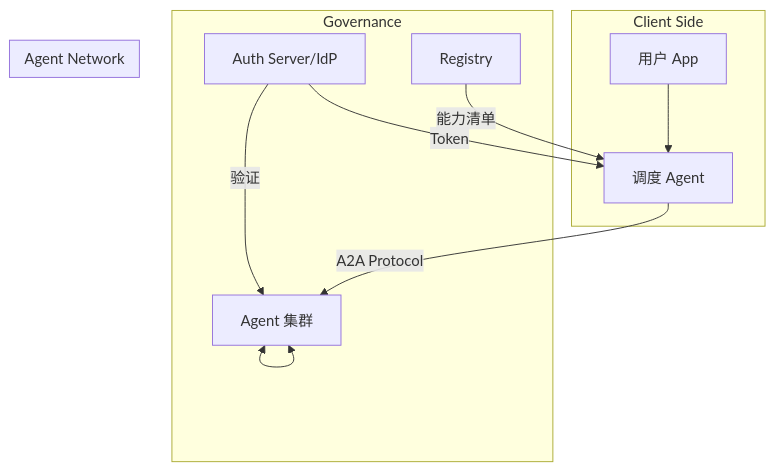
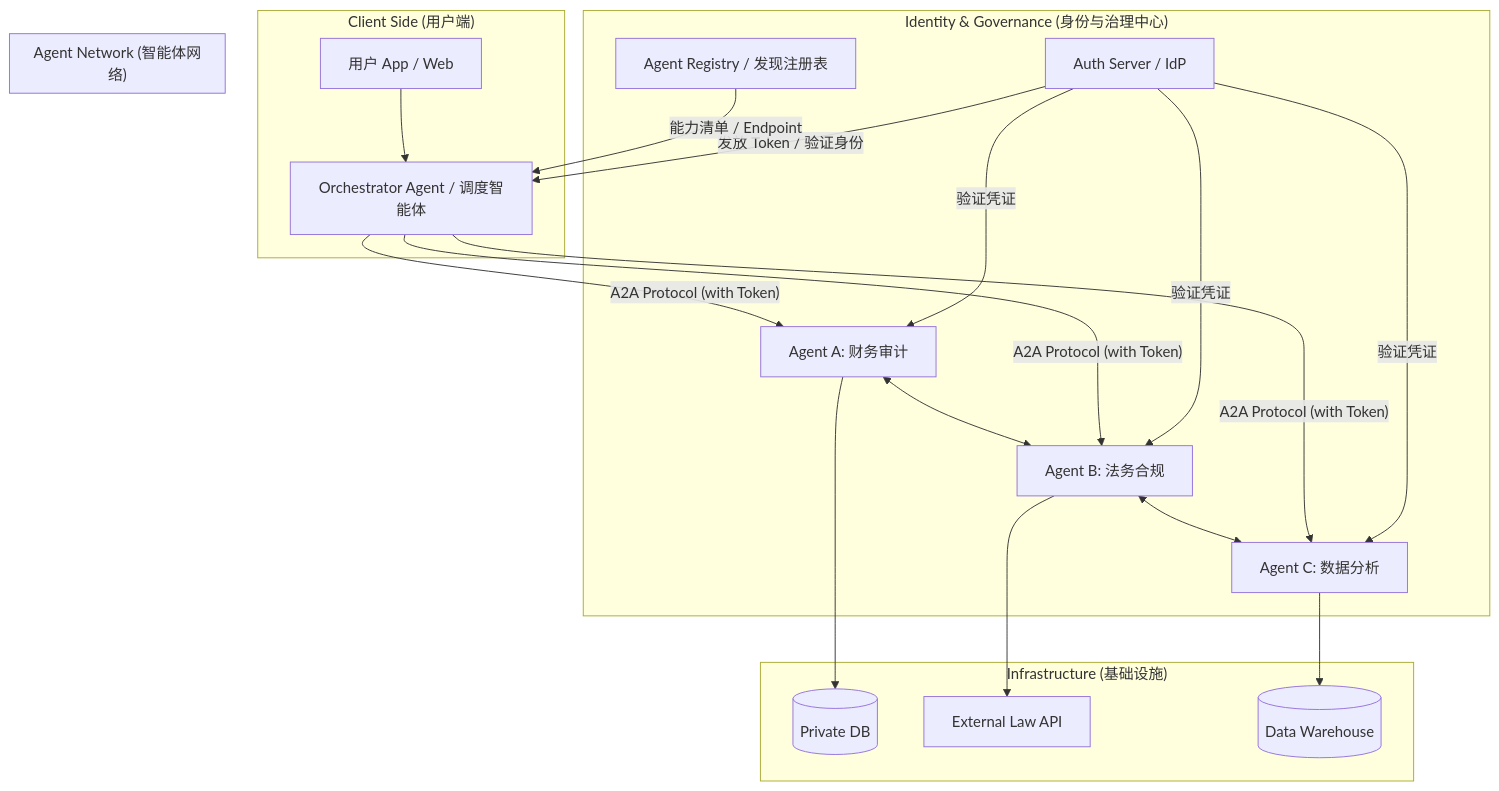
The first of 4 diagrams in ai/agent/A2A.md (neoguojing/docs), drawn with Mermaid before and after one commit. The commit also changed other lines of this file, not shown here.

````diff
--- a/ai/agent/A2A.md
+++ b/ai/agent/A2A.md
@@ -39,17 +150,29 @@
 ```mermaid
 graph TD
-    subgraph "Client Side"
-        UserApp[用户 App] --> Orchestrator[调度 Agent]
+    subgraph "Client Side (用户端)"
+        UserApp[用户 App / Web] --> Orchestrator[Orchestrator Agent / 调度智能体]
     end
 
-    subgraph "Governance"
-        AuthSrv[Auth Server/IdP] -- "Token" --> Orchestrator
-        AuthSrv -- "验证" --> AgentNetwork
-        Discovery[Registry] -- "能力清单" --> Orchestrator
+    subgraph "Identity & Governance (身份与治理中心)"
+        AuthSrv[Auth Server / IdP] -- "发放 Token / 验证身份" --> Orchestrator
+        AuthSrv -- "验证凭证" --> AgentA
+        AuthSrv -- "验证凭证" --> AgentB
+        AuthSrv -- "验证凭证" --> AgentC
+        Discovery[Agent Registry / 发现注册表] -- "能力清单 / Endpoint" --> Orchestrator
     end
 
-    subgraph "Agent Network"
-        Orchestrator -- "A2A Protocol" --> AgentNetwork[Agent 集群]
-        AgentNetwork <--> AgentNetwork
+    subgraph "Agent Network (智能体网络)"
+        Orchestrator -- "A2A Protocol (with Token)" --> AgentA[Agent A: 财务审计]
+        Orchestrator -- "A2A Protocol (with Token)" --> AgentB[Agent B: 法务合规]
+        Orchestrator -- "A2A Protocol (with Token)" --> AgentC[Agent C: 数据分析]
+
+        AgentA <--> AgentB
+        AgentB <--> AgentC
+    end
+
+    subgraph "Infrastructure (基础设施)"
+        AgentA --> DB1[(Private DB)]
+        AgentB --> API1[External Law API]
+        AgentC --> DB2[(Data Warehouse)]
     end
 ```
````
